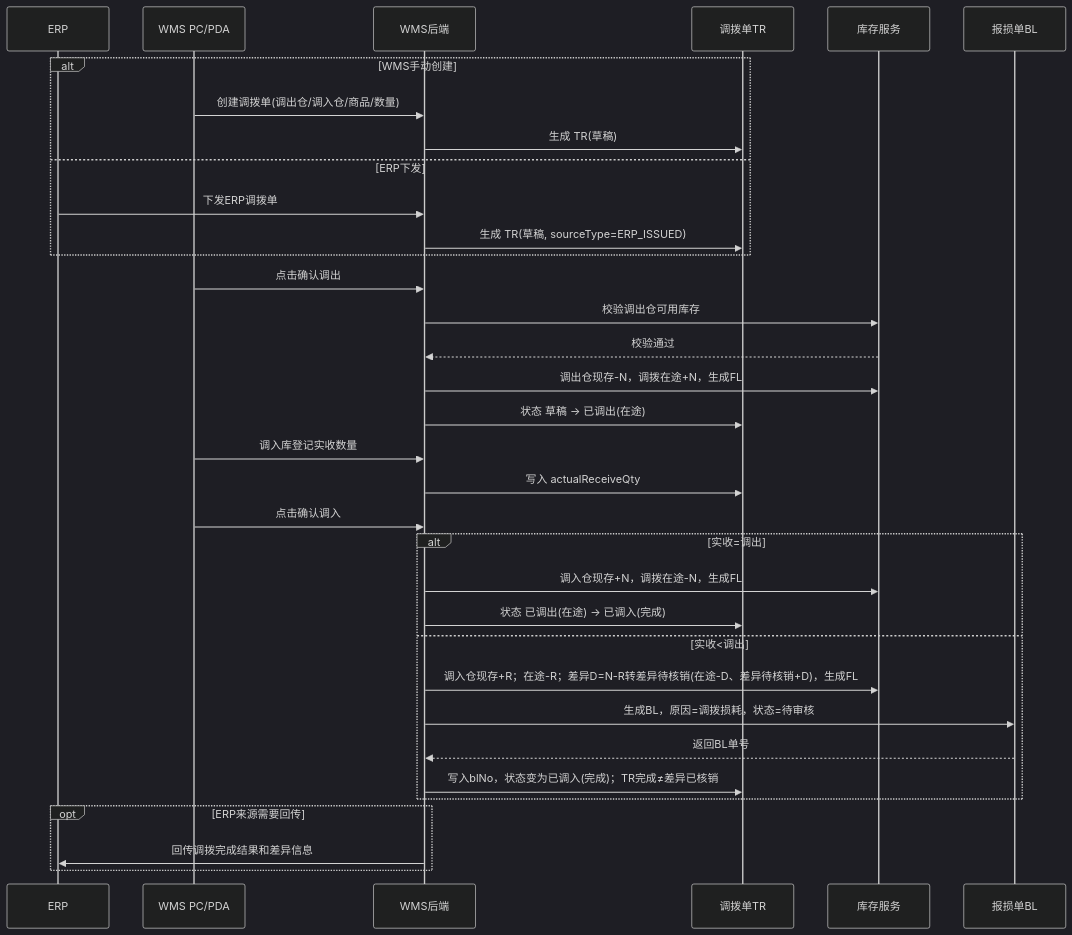
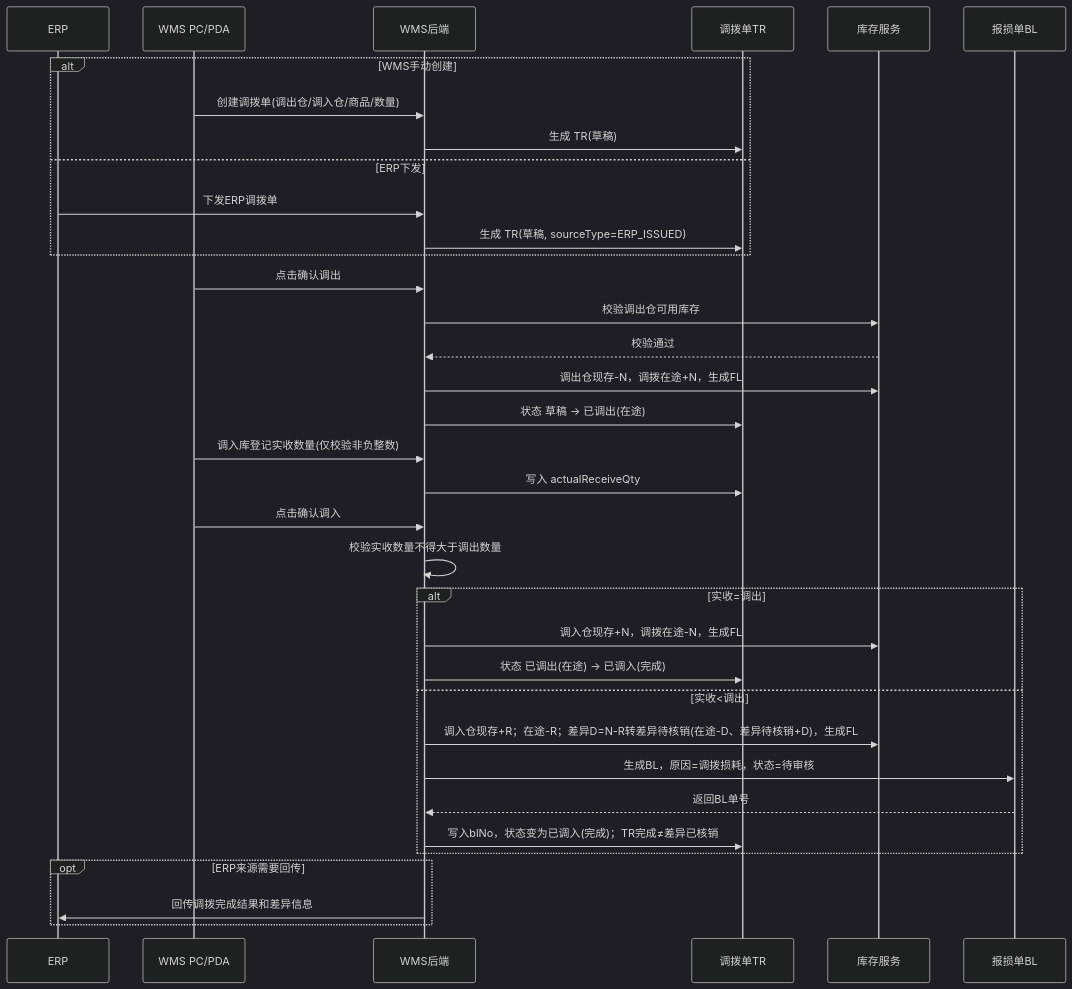
One commit to lophyJessica/forge-wms changed the second of 2 diagrams in prd-docs/调拨管理/调拨单/调拨单_业务流程推演.md. Above: the diagram before and after it, drawn with Mermaid (dark theme). The commit also changed other lines of this file and 23 other files, not shown here.

````diff
--- a/prd-docs/调拨管理/调拨单/调拨单_业务流程推演.md
+++ b/prd-docs/调拨管理/调拨单/调拨单_业务流程推演.md
@@ -43,41 +44,42 @@
 ```mermaid
 sequenceDiagram
     participant ERP as ERP
     participant PC as WMS PC/PDA
     participant WMS as WMS后端
     participant TR as 调拨单TR
     participant INV as 库存服务
     participant BL as 报损单BL
 
     alt WMS手动创建
         PC->>WMS: 创建调拨单(调出仓/调入仓/商品/数量)
         WMS->>TR: 生成 TR(草稿)
     else ERP下发
         ERP->>WMS: 下发ERP调拨单
         WMS->>TR: 生成 TR(草稿, sourceType=ERP_ISSUED)
     end
 
     PC->>WMS: 点击确认调出
     WMS->>INV: 校验调出仓可用库存
     INV-->>WMS: 校验通过
     WMS->>INV: 调出仓现存-N，调拨在途+N，生成FL
     WMS->>TR: 状态 草稿 → 已调出(在途)
 
-    PC->>WMS: 调入库登记实收数量
+    PC->>WMS: 调入库登记实收数量(仅校验非负整数)
     WMS->>TR: 写入 actualReceiveQty
     PC->>WMS: 点击确认调入
+    WMS->>WMS: 校验实收数量不得大于调出数量
 
     alt 实收=调出
         WMS->>INV: 调入仓现存+N，调拨在途-N，生成FL
         WMS->>TR: 状态 已调出(在途) → 已调入(完成)
     else 实收<调出
         WMS->>INV: 调入仓现存+R；在途-R；差异D=N-R转差异待核销(在途-D、差异待核销+D)，生成FL
         WMS->>BL: 生成BL，原因=调拨损耗，状态=待审核
         BL-->>WMS: 返回BL单号
         WMS->>TR: 写入blNo，状态变为已调入(完成)；TR完成≠差异已核销
     end
 
     opt ERP来源需要回传
         WMS->>ERP: 回传调拨完成结果和差异信息
     end
 ```
````
